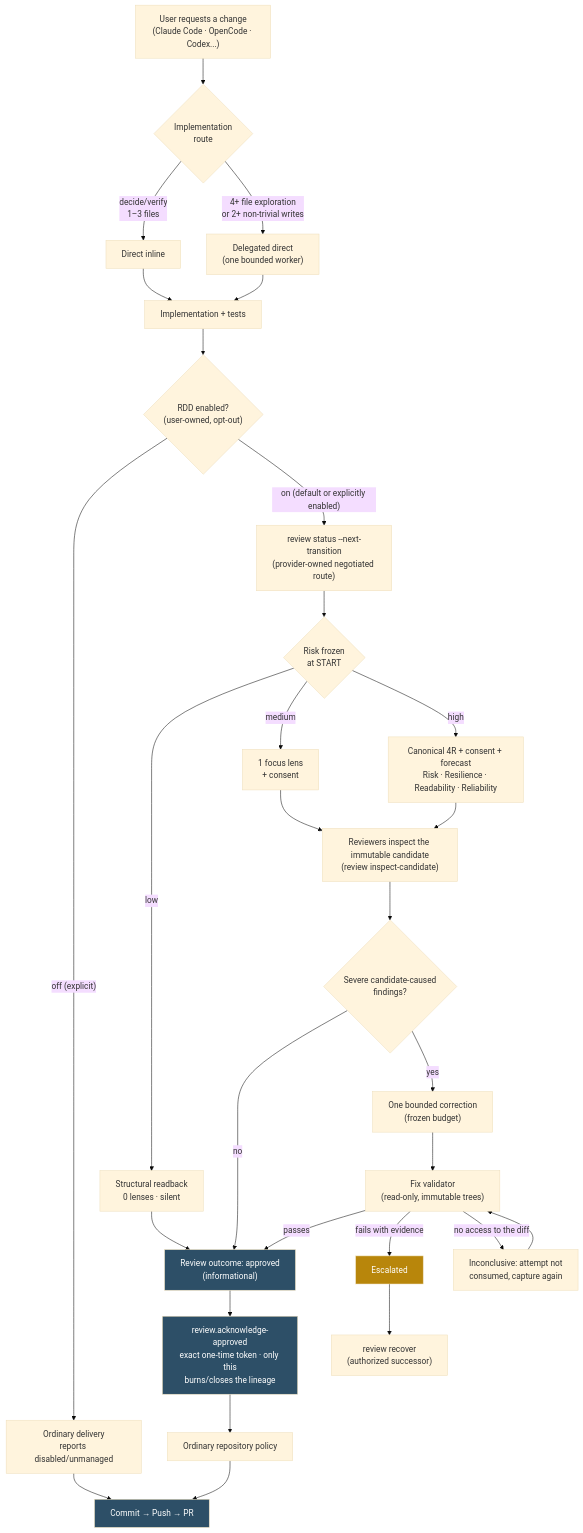
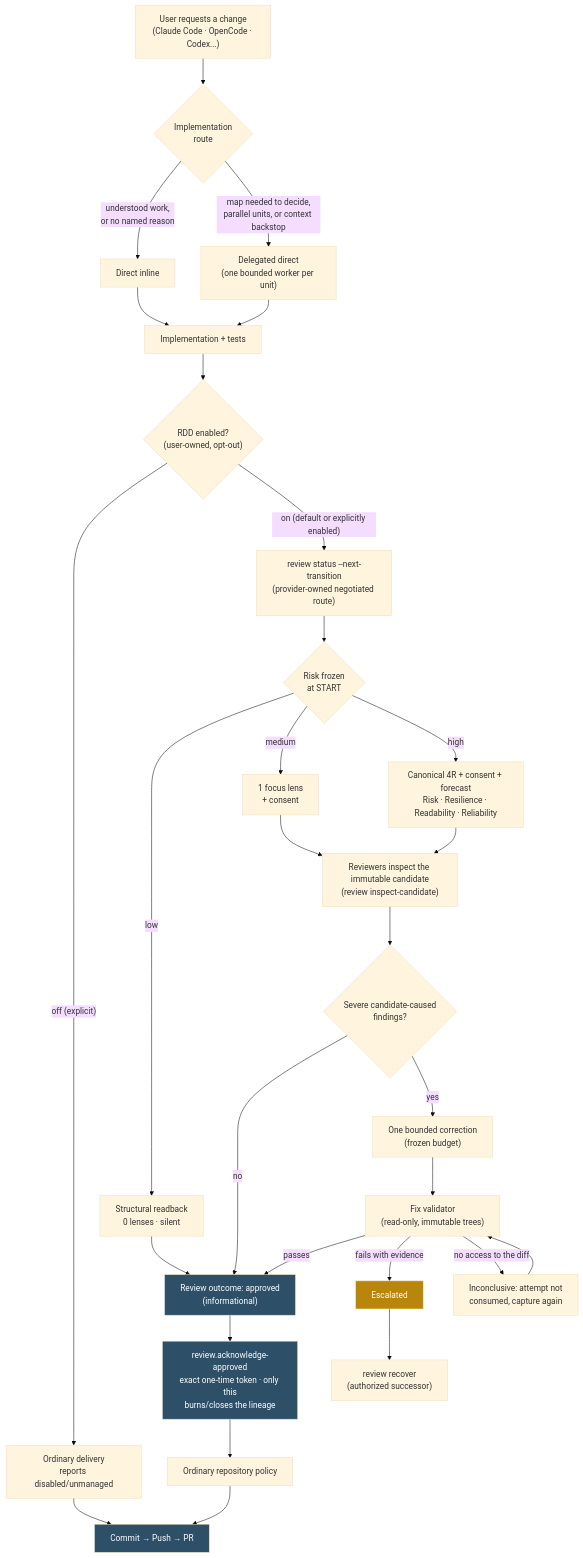
One commit to 0xErwin1/gentle-ai changed the diagram in docs/architecture/organic-rdd.md. Above: the diagram before and after it, drawn with Mermaid (base theme). The commit also changed 25 other files, not shown here.

````diff
--- a/docs/architecture/organic-rdd.md
+++ b/docs/architecture/organic-rdd.md
@@ -84,36 +84,36 @@
 ```mermaid
 flowchart TD
     A["User requests a change<br/>(Claude Code · OpenCode · Codex...)"] --> B{"Implementation<br/>route"}
-    B -->|"decide/verify<br/>1–3 files"| C["Direct inline"]
-    B -->|"4+ file exploration<br/>or 2+ non-trivial writes"| D["Delegated direct<br/>(one bounded worker)"]
+    B -->|"understood work,<br/>or no named reason"| C["Direct inline"]
+    B -->|"map needed to decide,<br/>parallel units, or context backstop"| D["Delegated direct<br/>(one bounded worker per unit)"]
     C --> E["Implementation + tests"]
     D --> E
     E --> F{"RDD enabled?<br/>(user-owned, opt-out)"}
     F -->|"off (explicit)"| Z["Ordinary delivery<br/>reports disabled/unmanaged"]
     F -->|"on (default or explicitly enabled)"| G["review status --next-transition<br/>(provider-owned negotiated route)"]
     G --> H{"Risk frozen<br/>at START"}
     H -->|"low"| I["Structural readback<br/>0 lenses · silent"]
     H -->|"medium"| J["1 focus lens<br/>+ consent"]
     H -->|"high"| K["Canonical 4R + consent + forecast<br/>Risk · Resilience · Readability · Reliability"]
     J --> L["Reviewers inspect the immutable candidate<br/>(review inspect-candidate)"]
     K --> L
     L --> M{"Severe candidate-caused<br/>findings?"}
     I --> N["Review outcome: approved<br/>(informational)"]
     M -->|"no"| N
     M -->|"yes"| O["One bounded correction<br/>(frozen budget)"]
     O --> P["Fix validator<br/>(read-only, immutable trees)"]
     P -->|"passes"| N
     P -->|"fails with evidence"| Q["Escalated"]
     P -->|"no access to the diff"| R["Inconclusive: attempt not<br/>consumed, capture again"]
     R --> P
     Q --> S["review recover<br/>(authorized successor)"]
     N --> AK["review.acknowledge-approved<br/>exact one-time token · only this<br/>burns/closes the lineage"]
     AK --> T["Ordinary repository policy"]
     T --> U["Commit → Push → PR"]
     Z --> U
 
     style N fill:#2D4F67,color:#fff
     style AK fill:#2D4F67,color:#fff
     style Q fill:#B8860B,color:#fff
     style U fill:#2D4F67,color:#fff
 ```
````
